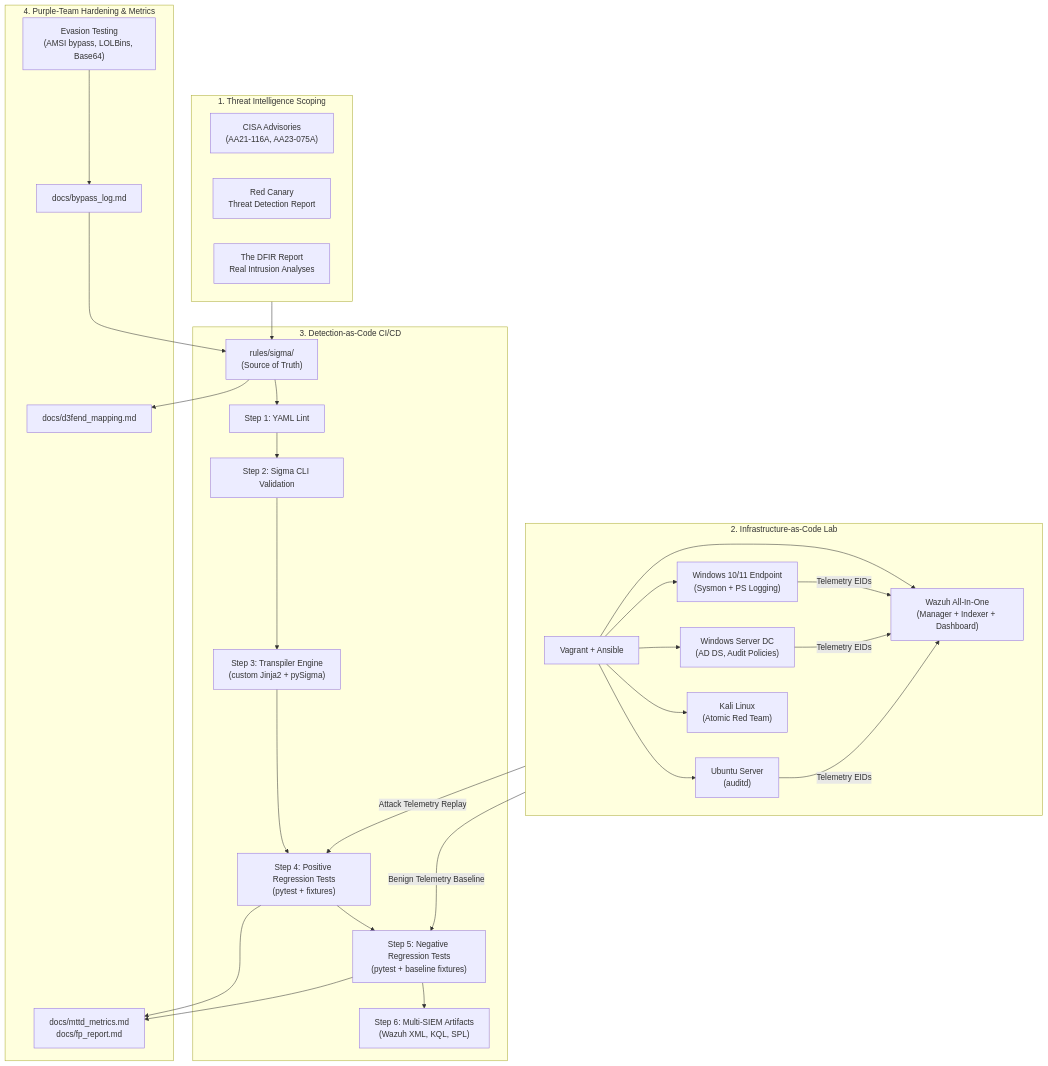
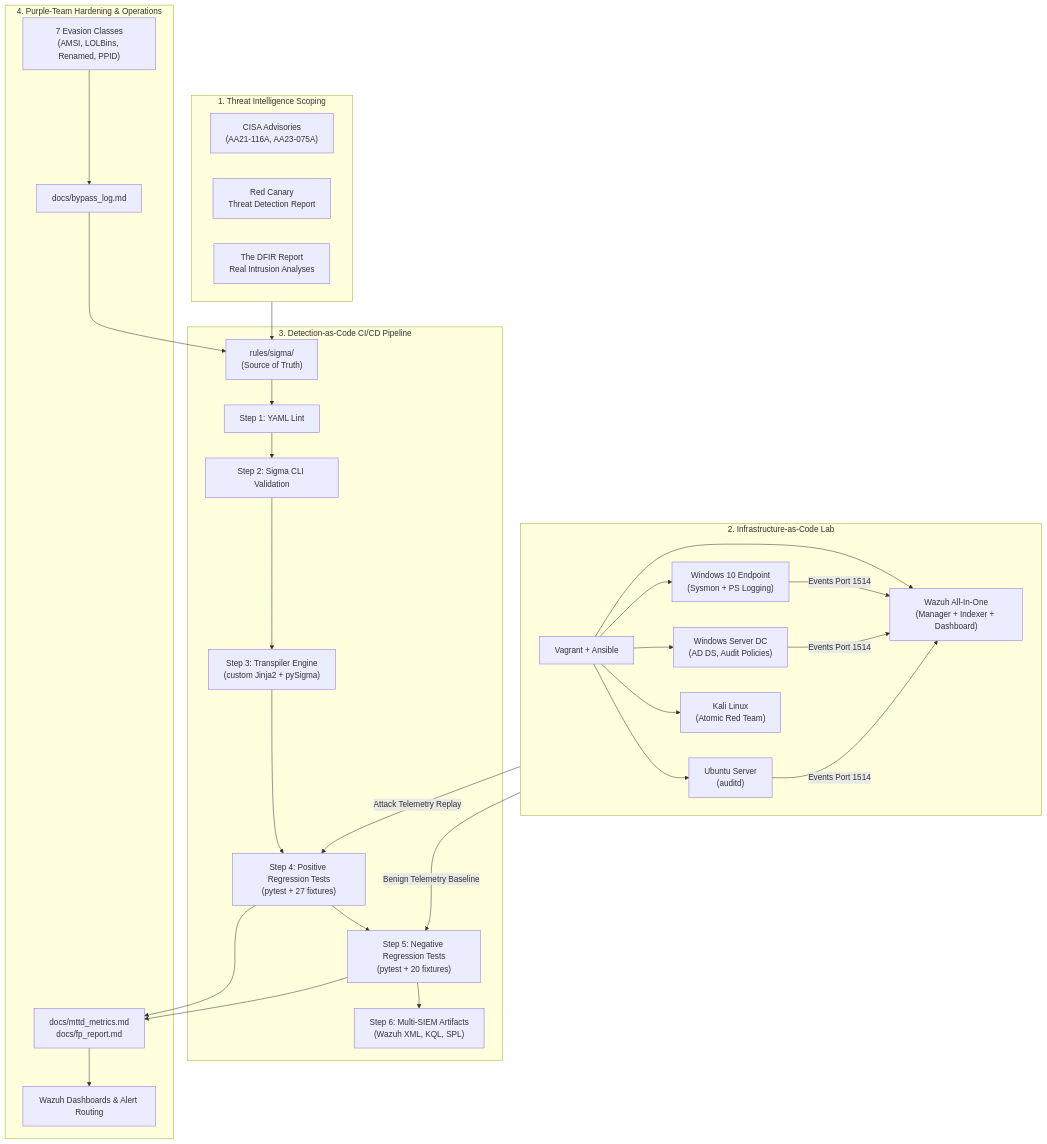
One commit to omar-riadd/detection-engineering-lab changed the diagram in README.md. Above: the diagram before and after it, drawn with Mermaid. The commit also changed other lines of this file and 9 other files, not shown here.

Commit message:
feat(publication): complete Week 8 deliverables - dashboards, alert routing, final report, blog post, demo script, and debt register

````diff
--- a/README.md
+++ b/README.md
@@ -19,48 +43,47 @@
 ```mermaid
 flowchart TD
     subgraph TI ["1. Threat Intelligence Scoping"]
         CISA["CISA Advisories<br/>(AA21-116A, AA23-075A)"]
         RC["Red Canary<br/>Threat Detection Report"]
         DFIR["The DFIR Report<br/>Real Intrusion Analyses"]
     end
 
     subgraph LAB ["2. Infrastructure-as-Code Lab"]
         VAGRANT["Vagrant + Ansible"]
         DC["Windows Server DC<br/>(AD DS, Audit Policies)"]
-        WIN["Windows 10/11 Endpoint<br/>(Sysmon + PS Logging)"]
+        WIN["Windows 10 Endpoint<br/>(Sysmon + PS Logging)"]
         UBUNTU["Ubuntu Server<br/>(auditd)"]
         KALI["Kali Linux<br/>(Atomic Red Team)"]
         WAZUH["Wazuh All-In-One<br/>(Manager + Indexer + Dashboard)"]
         
         VAGRANT --> DC & WIN & UBUNTU & KALI & WAZUH
-        WIN & DC & UBUNTU -->|Telemetry EIDs| WAZUH
+        WIN & DC & UBUNTU -->|Events Port 1514| WAZUH
     end
 
-    subgraph DAC ["3. Detection-as-Code CI/CD"]
+    subgraph DAC ["3. Detection-as-Code CI/CD Pipeline"]
         SIGMA["rules/sigma/<br/>(Source of Truth)"]
         LINT["Step 1: YAML Lint"]
         SIGMA_CHECK["Step 2: Sigma CLI Validation"]
         TRANSPILER["Step 3: Transpiler Engine<br/>(custom Jinja2 + pySigma)"]
-        TEST_POS["Step 4: Positive Regression Tests<br/>(pytest + fixtures)"]
-        TEST_NEG["Step 5: Negative Regression Tests<br/>(pytest + baseline fixtures)"]
+        TEST_POS["Step 4: Positive Regression Tests<br/>(pytest + 27 fixtures)"]
+        TEST_NEG["Step 5: Negative Regression Tests<br/>(pytest + 20 fixtures)"]
         ARTIFACTS["Step 6: Multi-SIEM Artifacts<br/>(Wazuh XML, KQL, SPL)"]
 
         SIGMA --> LINT --> SIGMA_CHECK --> TRANSPILER
         TRANSPILER --> TEST_POS --> TEST_NEG --> ARTIFACTS
     end
 
-    subgraph PURPLE ["4. Purple-Team Hardening & Metrics"]
-        EVADE["Evasion Testing<br/>(AMSI bypass, LOLBins, Base64)"]
+    subgraph PURPLE ["4. Purple-Team Hardening & Operations"]
+        EVADE["7 Evasion Classes<br/>(AMSI, LOLBins, Renamed, PPID)"]
         BYPASS["docs/bypass_log.md"]
         METRICS["docs/mttd_metrics.md<br/>docs/fp_report.md"]
-        D3FEND_MAP["docs/d3fend_mapping.md"]
+        DASHBOARDS["Wazuh Dashboards & Alert Routing"]
         
         EVADE --> BYPASS --> SIGMA
-        TEST_POS & TEST_NEG --> METRICS
+        TEST_POS & TEST_NEG --> METRICS --> DASHBOARDS
     end
 
     TI --> SIGMA
     LAB -->|Attack Telemetry Replay| TEST_POS
     LAB -->|Benign Telemetry Baseline| TEST_NEG
-    SIGMA --> D3FEND_MAP
 ```
````
